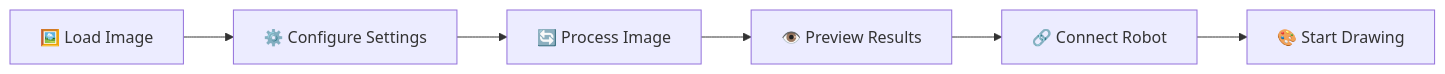
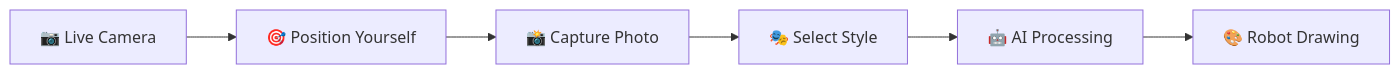
Before and after one commit to BoredAmi/Two_arm_robot_artis: the first of 2 diagrams in README.md, drawn with Mermaid. The commit also changed other lines of this file and 3 other files, not shown here.

````diff
--- a/README.md
+++ b/README.md
@@ -137,8 +58,8 @@
 ```mermaid
 graph LR
-    A[🖼️ Load Image] --> B[⚙️ Configure Settings]
-    B --> C[🔄 Process Image]
-    C --> D[👁️ Preview Results]
-    D --> E[🔗 Connect Robot]
-    E --> F[🎨 Start Drawing]
+    A[📷 Live Camera] --> B[🎯 Position Yourself]
+    B --> C[📸 Capture Photo]
+    C --> D[🎭 Select Style]
+    D --> E[🤖 AI Processing]
+    E --> F[🎨 Robot Drawing]
 ```
````
